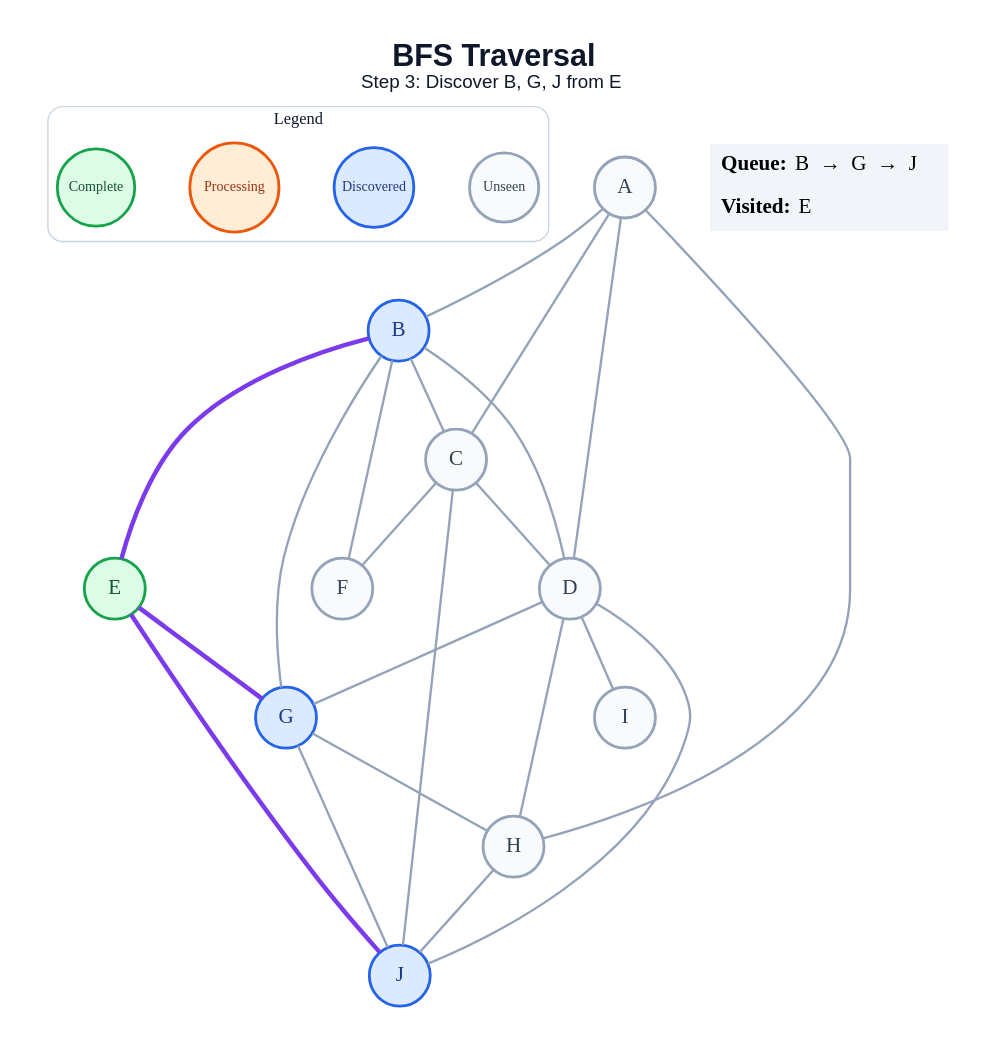
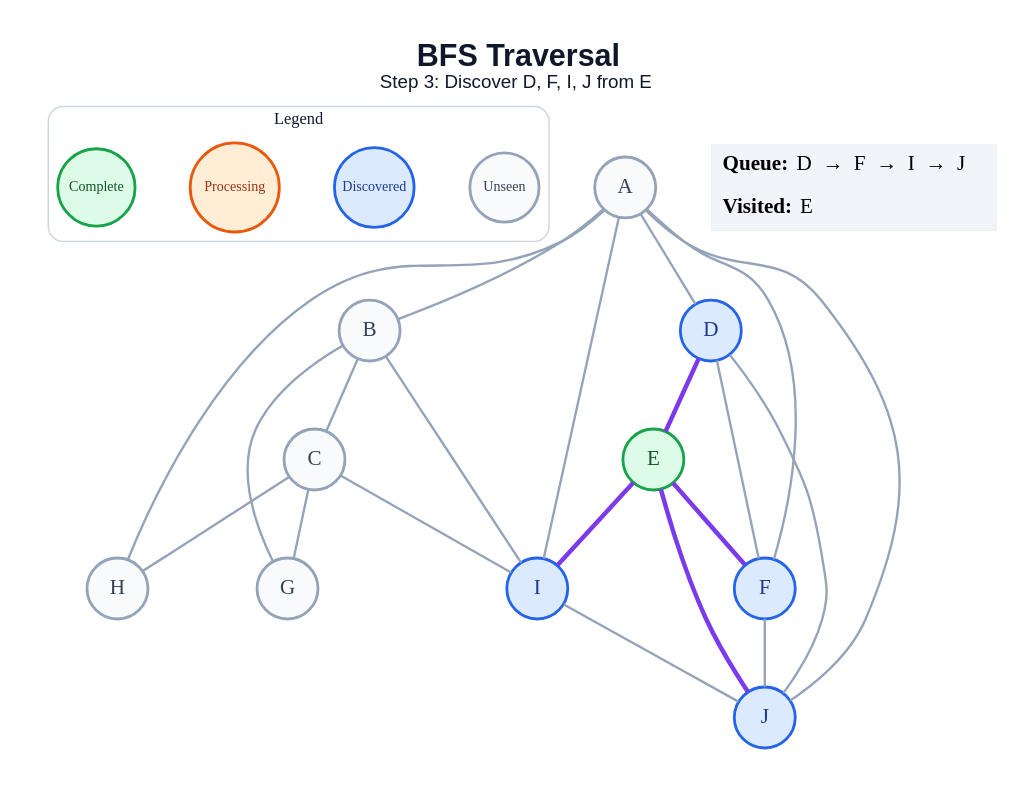
Before and after one commit to anon7238593-create/ai-slop: the diagram in generated/specific-node/bfs/step_03.dot, drawn with Graphviz. The commit also changed 178 other files, not shown here.

```diff
--- a/generated/specific-node/bfs/step_03.dot
+++ b/generated/specific-node/bfs/step_03.dot
@@ -1,50 +1,49 @@
 graph traversal {
   graph [layout=dot, rankdir=TB, bgcolor="#FFFFFF", pad="0.35", nodesep="0.65", ranksep="0.8", fontname="Arial"];
   node [shape=circle, style="filled", fontname="Arial Bold", fontsize=18, width=0.72, fixedsize=true, penwidth=2.4];
   edge [color="#94A3B8", penwidth=2.0];
-  label=<<B>BFS Traversal</B><BR/><FONT POINT-SIZE="16">Step 3: Discover B, G, J from E</FONT>>; labelloc="t"; fontsize=26; fontname="Arial"; fontcolor="#0F172A";
+  label=<<B>BFS Traversal</B><BR/><FONT POINT-SIZE="16">Step 3: Discover D, F, I, J from E</FONT>>; labelloc="t"; fontsize=26; fontname="Arial"; fontcolor="#0F172A";
   subgraph cluster_legend { label="Legend"; color="#CBD5E1"; penwidth=1.2; style="rounded"; fontsize=14; fontname="Arial Bold";
     key_unseen [label="Unseen", fillcolor="#F8FAFC", color="#94A3B8", fontcolor="#334155", fontsize=12, width=0.82];
     key_frontier [label="Discovered", fillcolor="#DBEAFE", color="#2563EB", fontcolor="#1E3A8A", fontsize=12, width=0.95];
     key_current [label="Processing", fillcolor="#FFEDD5", color="#EA580C", fontcolor="#9A3412", fontsize=12, width=1.05];
     key_done [label="Complete", fillcolor="#DCFCE7", color="#16A34A", fontcolor="#14532D", fontsize=12, width=0.92];
     { rank=same; key_unseen; key_frontier; key_current; key_done; }
   }
   A [fillcolor="#F8FAFC", color="#94A3B8", fontcolor="#334155"];
-  B [fillcolor="#DBEAFE", color="#2563EB", fontcolor="#1E3A8A"];
+  B [fillcolor="#F8FAFC", color="#94A3B8", fontcolor="#334155"];
   C [fillcolor="#F8FAFC", color="#94A3B8", fontcolor="#334155"];
-  D [fillcolor="#F8FAFC", color="#94A3B8", fontcolor="#334155"];
+  D [fillcolor="#DBEAFE", color="#2563EB", fontcolor="#1E3A8A"];
   E [fillcolor="#DCFCE7", color="#16A34A", fontcolor="#14532D"];
-  F [fillcolor="#F8FAFC", color="#94A3B8", fontcolor="#334155"];
-  G [fillcolor="#DBEAFE", color="#2563EB", fontcolor="#1E3A8A"];
+  F [fillcolor="#DBEAFE", color="#2563EB", fontcolor="#1E3A8A"];
+  G [fillcolor="#F8FAFC", color="#94A3B8", fontcolor="#334155"];
   H [fillcolor="#F8FAFC", color="#94A3B8", fontcolor="#334155"];
-  I [fillcolor="#F8FAFC", color="#94A3B8", fontcolor="#334155"];
+  I [fillcolor="#DBEAFE", color="#2563EB", fontcolor="#1E3A8A"];
   J [fillcolor="#DBEAFE", color="#2563EB", fontcolor="#1E3A8A"];
   A -- B;
-  A -- C;
   A -- D;
+  A -- F;
   A -- H;
+  A -- I;
+  A -- J;
   B -- C;
-  B -- D;
-  B -- E [color="#7C3AED", penwidth=3.8];
-  B -- F;
   B -- G;
-  C -- D;
-  C -- F;
-  C -- J;
-  D -- G;
-  D -- H;
-  D -- I;
+  B -- I;
+  C -- G;
+  C -- H;
+  C -- I;
+  D -- E [color="#7C3AED", penwidth=3.8];
+  D -- F;
   D -- J;
-  E -- G [color="#7C3AED", penwidth=3.8];
+  E -- F [color="#7C3AED", penwidth=3.8];
+  E -- I [color="#7C3AED", penwidth=3.8];
   E -- J [color="#7C3AED", penwidth=3.8];
-  G -- H;
-  G -- J;
-  H -- J;
+  F -- J;
+  I -- J;
   status [shape=plain, fixedsize=false, width=0, height=0, margin=0, label=<
     <TABLE BORDER="0" CELLBORDER="0" CELLPADDING="7" BGCOLOR="#F1F5F9">
-      <TR><TD ALIGN="LEFT"><B>Queue:</B> B  →  G  →  J</TD></TR>
+      <TR><TD ALIGN="LEFT"><B>Queue:</B> D  →  F  →  I  →  J</TD></TR>
       <TR><TD ALIGN="LEFT"><B>Visited:</B> E</TD></TR>
     </TABLE>
   >];
 }
```
